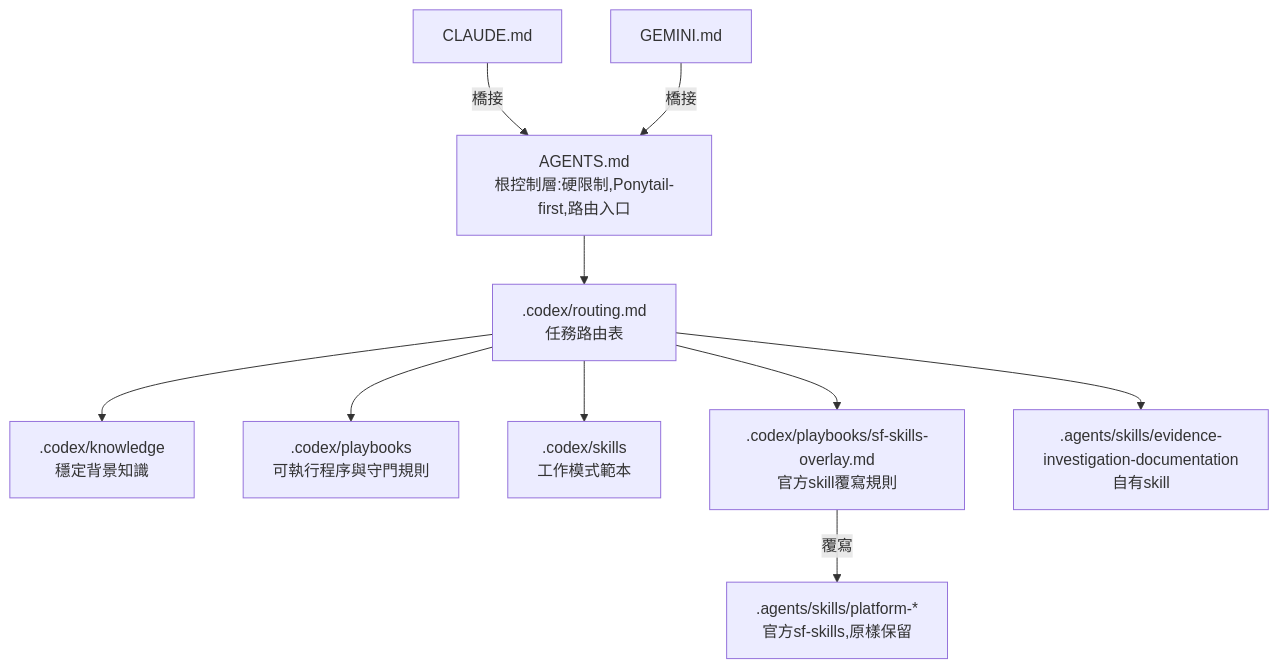
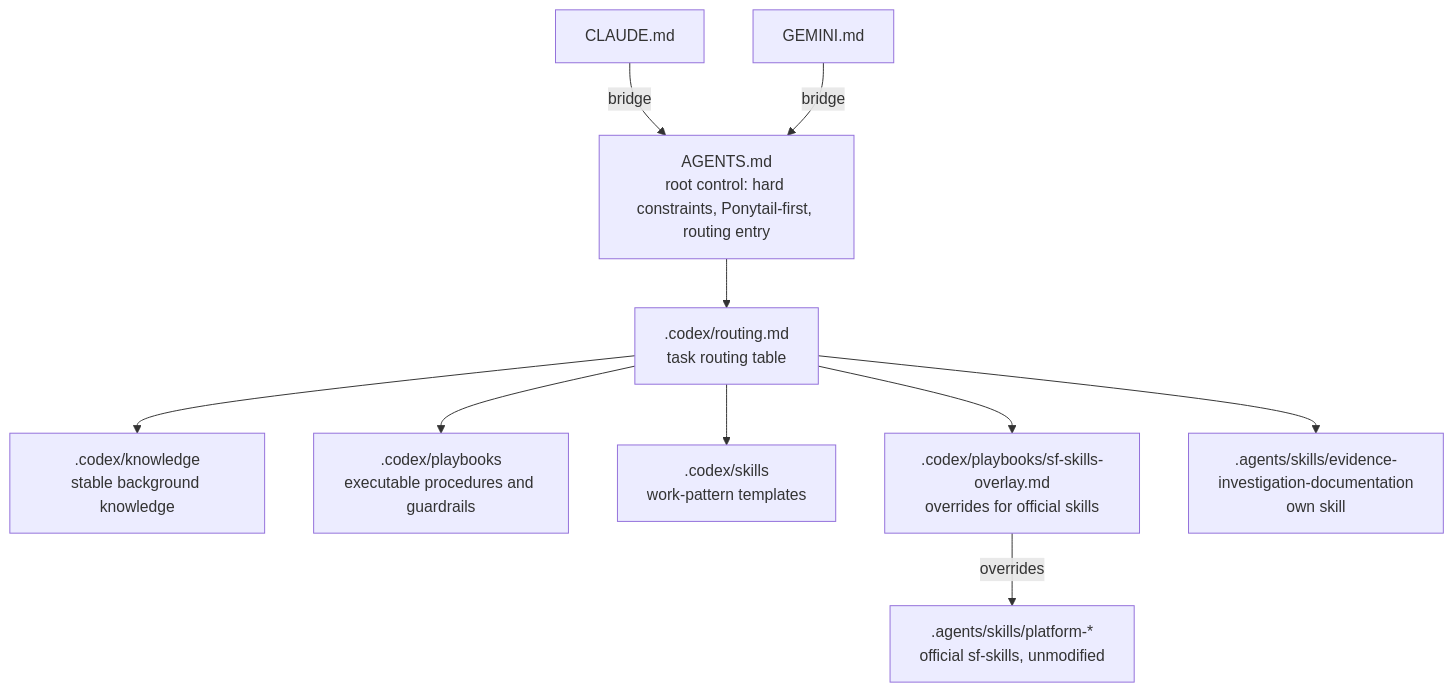
Before and after one commit to yoozayang/iotmart-agent-kit: the diagram in README.md, drawn with Mermaid. The commit also changed other lines of this file and 2 other files, not shown here.

````diff
--- a/README.md
+++ b/README.md
@@ -29,12 +31,12 @@
 ```mermaid
 flowchart TD
-    A[AGENTS.md<br/>根控制層:硬限制,Ponytail-first,路由入口] --> R[.codex/routing.md<br/>任務路由表]
-    C[CLAUDE.md] -->|橋接| A
-    G[GEMINI.md] -->|橋接| A
-    R --> K[.codex/knowledge<br/>穩定背景知識]
-    R --> P[.codex/playbooks<br/>可執行程序與守門規則]
-    R --> S[.codex/skills<br/>工作模式範本]
-    R --> O[.codex/playbooks/sf-skills-overlay.md<br/>官方skill覆寫規則]
-    O -->|覆寫| F[.agents/skills/platform-*<br/>官方sf-skills,原樣保留]
-    R --> E[.agents/skills/evidence-investigation-documentation<br/>自有skill]
+    A[AGENTS.md<br/>root control: hard constraints, Ponytail-first, routing entry] --> R[.codex/routing.md<br/>task routing table]
+    C[CLAUDE.md] -->|bridge| A
+    G[GEMINI.md] -->|bridge| A
+    R --> K[.codex/knowledge<br/>stable background knowledge]
+    R --> P[.codex/playbooks<br/>executable procedures and guardrails]
+    R --> S[.codex/skills<br/>work-pattern templates]
+    R --> O[.codex/playbooks/sf-skills-overlay.md<br/>overrides for official skills]
+    O -->|overrides| F[.agents/skills/platform-*<br/>official sf-skills, unmodified]
+    R --> E[.agents/skills/evidence-investigation-documentation<br/>own skill]
 ```
````
